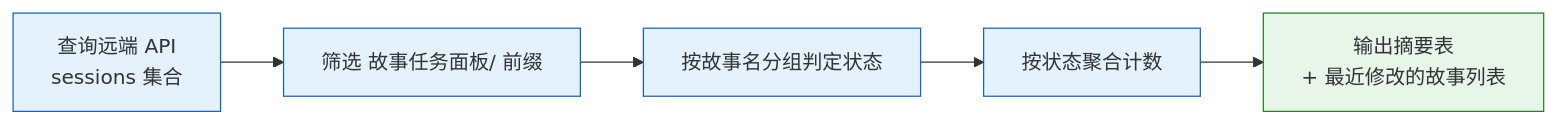
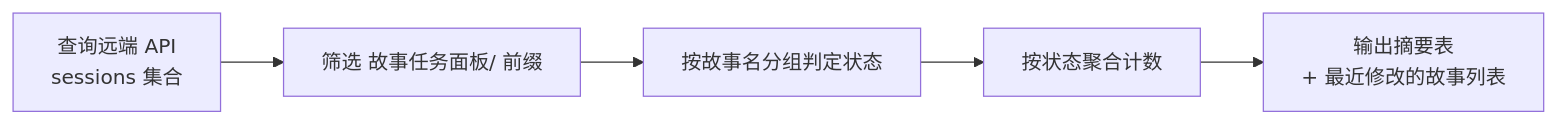
Before and after one commit to effiy/YrY: the fifth of 12 diagrams in skills/rui-story/SKILL.md, drawn with Mermaid. The commit also changed other lines of this file and 61 other files, not shown here.

````diff
--- a/skills/rui-story/SKILL.md
+++ b/skills/rui-story/SKILL.md
@@ -164,10 +131,8 @@
 ```mermaid
 flowchart LR
     A["查询远端 API<br/>sessions 集合"]:::op --> B["筛选 故事任务面板/ 前缀"]:::op
     B --> C["按故事名分组判定状态"]:::op
     C --> D["按状态聚合计数"]:::op
     D --> E["输出摘要表<br/>+ 最近修改的故事列表"]:::out
 
-    classDef op fill:#e3f2fd,stroke:#1565c0;
-    classDef out fill:#e8f5e9,stroke:#2e7d32;
 ```
````
